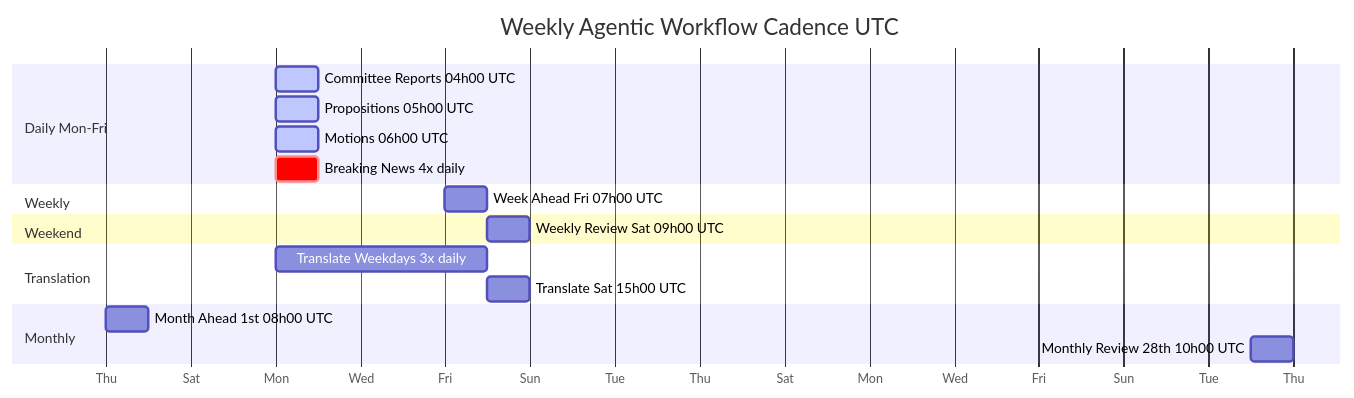
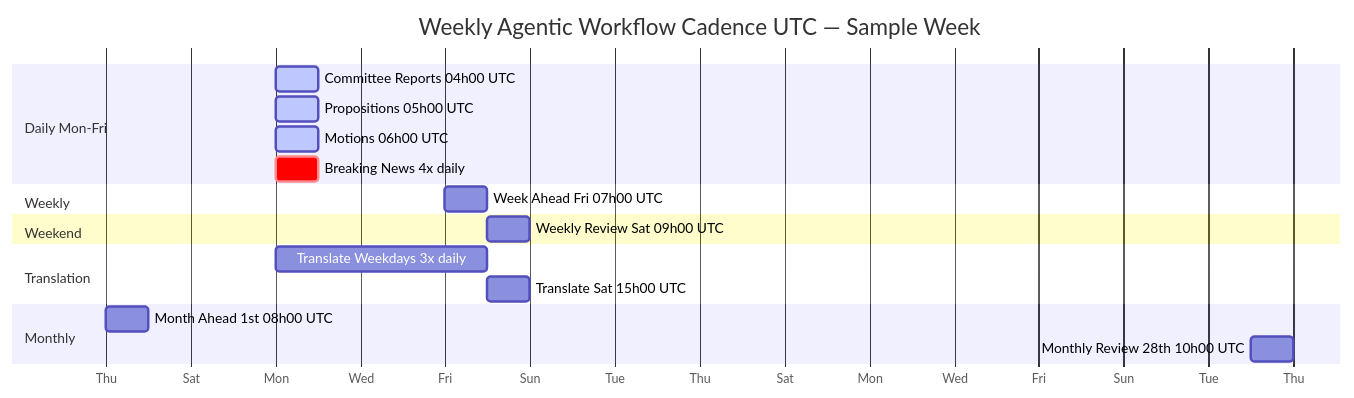
Diagram 20 of 21 in WORKFLOWS.md (Hack23/euparliamentmonitor), drawn with Mermaid before and after one commit. The commit also changed other lines of this file, not shown here.

First line of the commit message:
Clarify gantt chart uses sample dates for recurring weekly cadence

````diff
--- a/WORKFLOWS.md
+++ b/WORKFLOWS.md
@@ -1717,26 +1719,26 @@
 ```mermaid
 gantt
-    title Weekly Agentic Workflow Cadence UTC
+    title Weekly Agentic Workflow Cadence UTC — Sample Week
     dateFormat YYYY-MM-DD
     axisFormat %a
 
     section Daily Mon-Fri
     Committee Reports 04h00 UTC    :active, d1, 2026-01-05, 1d
     Propositions 05h00 UTC         :active, d2, 2026-01-05, 1d
     Motions 06h00 UTC              :active, d3, 2026-01-05, 1d
     Breaking News 4x daily         :crit, d4, 2026-01-05, 1d
 
     section Weekly
     Week Ahead Fri 07h00 UTC       :d5, 2026-01-09, 1d
 
     section Weekend
     Weekly Review Sat 09h00 UTC    :d6, 2026-01-10, 1d
 
     section Translation
     Translate Weekdays 3x daily    :d7, 2026-01-05, 5d
     Translate Sat 15h00 UTC        :d8, 2026-01-10, 1d
 
     section Monthly
     Month Ahead 1st 08h00 UTC      :d9, 2026-01-01, 1d
     Monthly Review 28th 10h00 UTC  :d10, 2026-01-28, 1d
 ```
````
